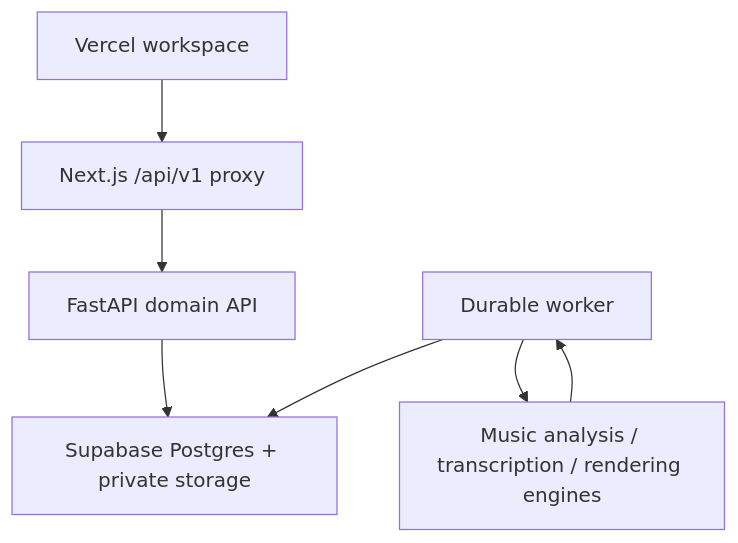
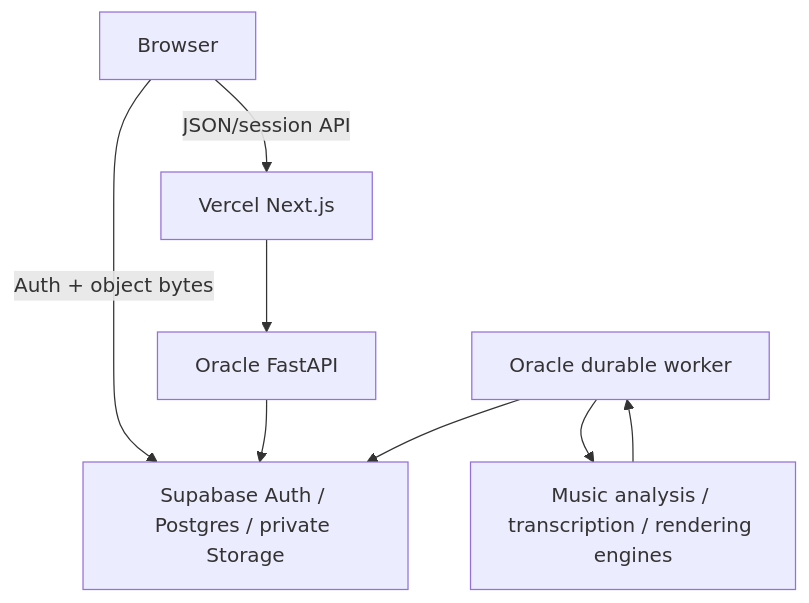
One commit to ListenCloser/listencloser changed the diagram in docs/ARCHITECTURE.md. Above: the diagram before and after it, drawn with Mermaid. The commit also changed other lines of this file, not shown here.

Commit message:
docs: align runtime architecture with shipped platform

````diff
--- a/docs/ARCHITECTURE.md
+++ b/docs/ARCHITECTURE.md
@@ -26,9 +20,10 @@
 ```mermaid
 flowchart TD
-    Browser["Vercel workspace"] --> Proxy["Next.js /api/v1 proxy"]
-    Proxy --> API["FastAPI domain API"]
-    API --> Store["Supabase Postgres + private storage"]
-    Worker["Durable worker"] --> Store
+    Browser["Browser"] -->|Auth + object bytes| Supabase["Supabase Auth / Postgres / private Storage"]
+    Browser -->|JSON/session API| Vercel["Vercel Next.js"]
+    Vercel --> API["Oracle FastAPI"]
+    API --> Supabase
+    Worker["Oracle durable worker"] --> Supabase
     Worker --> Engines["Music analysis / transcription / rendering engines"]
     Engines --> Worker
 ```
````
